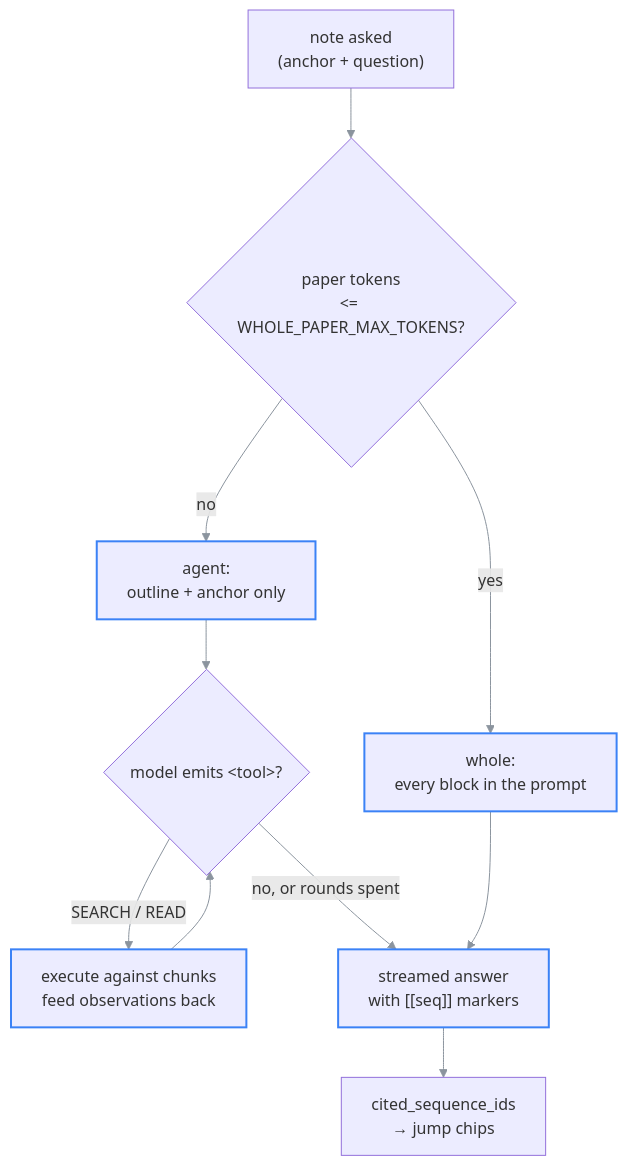
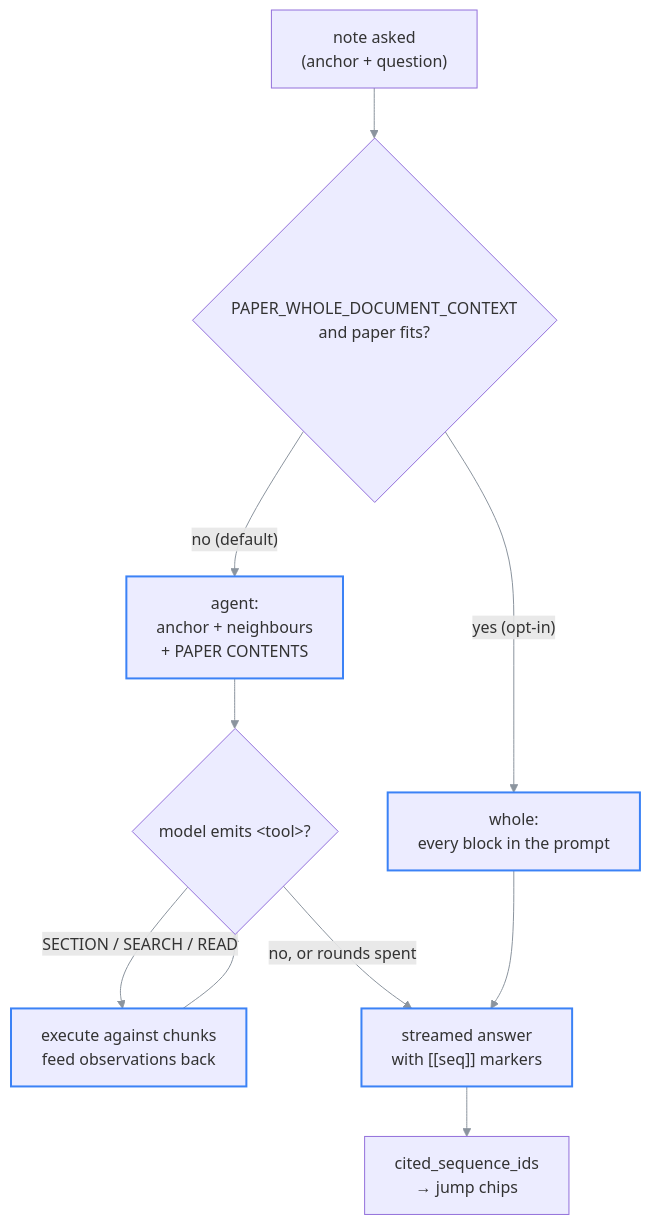
One commit to Khaled-Saleh-KL1/9XAIPal changed the first of 2 diagrams in docs/02-architecture/chat-and-ask.md. Above: the diagram before and after it, drawn with Mermaid. The commit also changed other lines of this file and 80 other files, not shown here.

First line of the commit message:
Desk: cross-paper studies, agent trail, Tavily search, library covers — plus extraction and reader fixes (#23)

````diff
--- a/docs/02-architecture/chat-and-ask.md
+++ b/docs/02-architecture/chat-and-ask.md
@@ -78,16 +137,16 @@
 ```mermaid
 %%{init: {'themeVariables': {'fontFamily': 'ui-monospace, SFMono-Regular, Menlo, monospace', 'lineColor': '#8b949e'}}}%%
 flowchart TD
-    N["note asked<br/>(anchor + question)"] --> SZ{"paper tokens<br/>&lt;= WHOLE_PAPER_MAX_TOKENS?"}
-    SZ -->|yes| W["whole:<br/>every block in the prompt"]
-    SZ -->|no| A["agent:<br/>outline + anchor only"]
+    N["note asked<br/>(anchor + question)"] --> SZ{"PAPER_WHOLE_DOCUMENT_CONTEXT<br/>and paper fits?"}
+    SZ -->|"yes (opt-in)"| W["whole:<br/>every block in the prompt"]
+    SZ -->|"no (default)"| A["agent:<br/>anchor + neighbours<br/>+ PAPER CONTENTS"]
     A --> T{"model emits &lt;tool&gt;?"}
-    T -->|"SEARCH / READ"| X["execute against chunks<br/>feed observations back"]
+    T -->|"SECTION / SEARCH / READ"| X["execute against chunks<br/>feed observations back"]
     X --> T
-    T -->|no, or rounds spent| ANS
+    T -->|"no, or rounds spent"| ANS
     W --> ANS["streamed answer<br/>with [[seq]] markers"]
     ANS --> C["cited_sequence_ids<br/>→ jump chips"]
 
     classDef owned stroke:#3b82f6,stroke-width:2px
     class W,A,X,ANS owned
 ```
````
